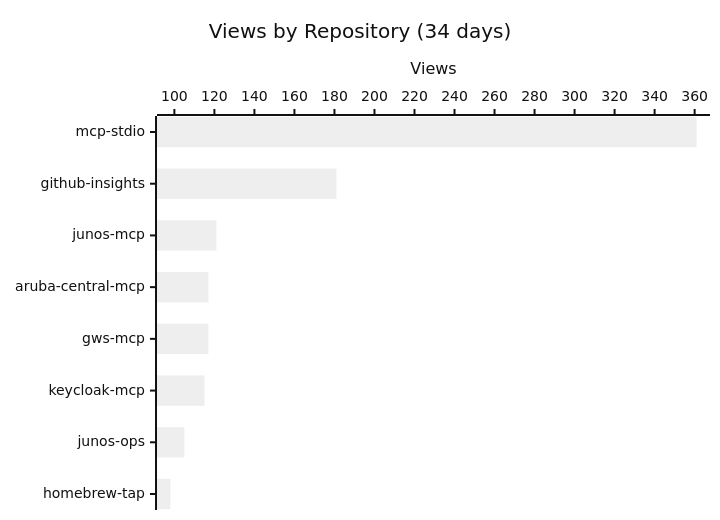
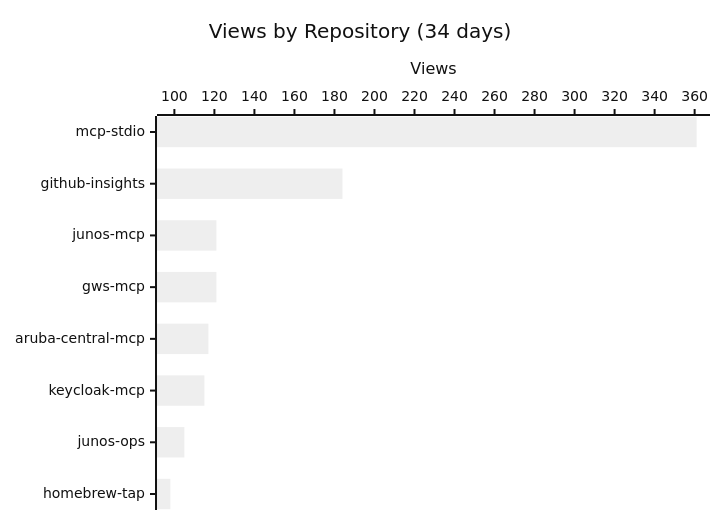
The first of 3 diagrams in README.md (shigechika/github-insights), drawn with Mermaid (neutral theme) before and after one commit. The commit also changed other lines of this file and 1 other file, not shown here.

````diff
--- a/README.md
+++ b/README.md
@@ -14,7 +14,7 @@
 ```mermaid
 xychart-beta horizontal
     title "Views by Repository (34 days)"
-    x-axis ["mcp-stdio", "github-insights", "junos-mcp", "aruba-central-mcp", "gws-mcp", "keycloak-mcp", "junos-ops", "homebrew-tap"]
+    x-axis ["mcp-stdio", "github-insights", "junos-mcp", "gws-mcp", "aruba-central-mcp", "keycloak-mcp", "junos-ops", "homebrew-tap"]
     y-axis "Views"
-    bar [361, 181, 121, 117, 117, 115, 105, 98]
+    bar [361, 184, 121, 121, 117, 115, 105, 98]
 ```
````
